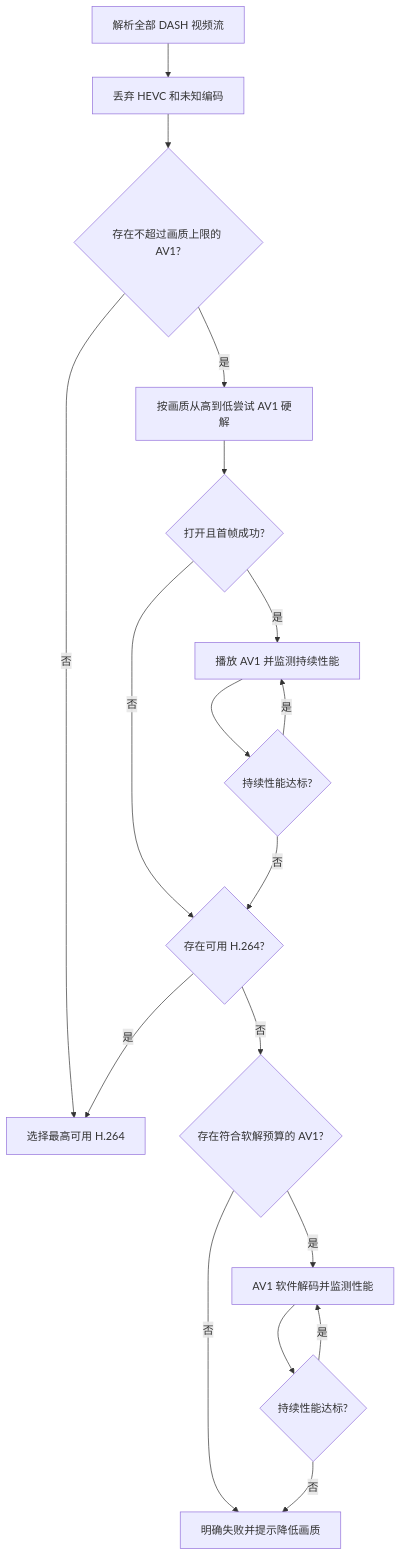
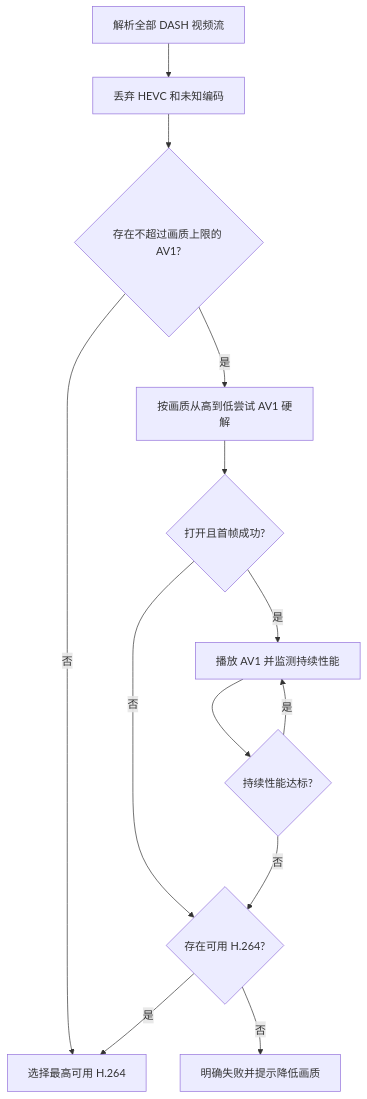
One commit to zhongbai2333/NetMusicCanPlayBili changed the diagram in docs/av1-video-migration-plan.md. Above: the diagram before and after it, drawn with Mermaid. The commit also changed other lines of this file and 23 other files, not shown here.

````diff
--- a/docs/av1-video-migration-plan.md
+++ b/docs/av1-video-migration-plan.md
@@ -78,20 +78,15 @@
 ```mermaid
 flowchart TD
     A[解析全部 DASH 视频流] --> B[丢弃 HEVC 和未知编码]
     B --> C{存在不超过画质上限的 AV1?}
     C -- 否 --> H[选择最高可用 H.264]
     C -- 是 --> D[按画质从高到低尝试 AV1 硬解]
     D --> E{打开且首帧成功?}
     E -- 是 --> F[播放 AV1 并监测持续性能]
     E -- 否 --> G{存在可用 H.264?}
     G -- 是 --> H
-    G -- 否 --> I{存在符合软解预算的 AV1?}
-    I -- 是 --> J[AV1 软件解码并监测性能]
-    I -- 否 --> K[明确失败并提示降低画质]
+    G -- 否 --> K[明确失败并提示降低画质]
     F --> L{持续性能达标?}
     L -- 是 --> F
     L -- 否 --> G
-    J --> M{持续性能达标?}
-    M -- 是 --> J
-    M -- 否 --> K
 ```
````
